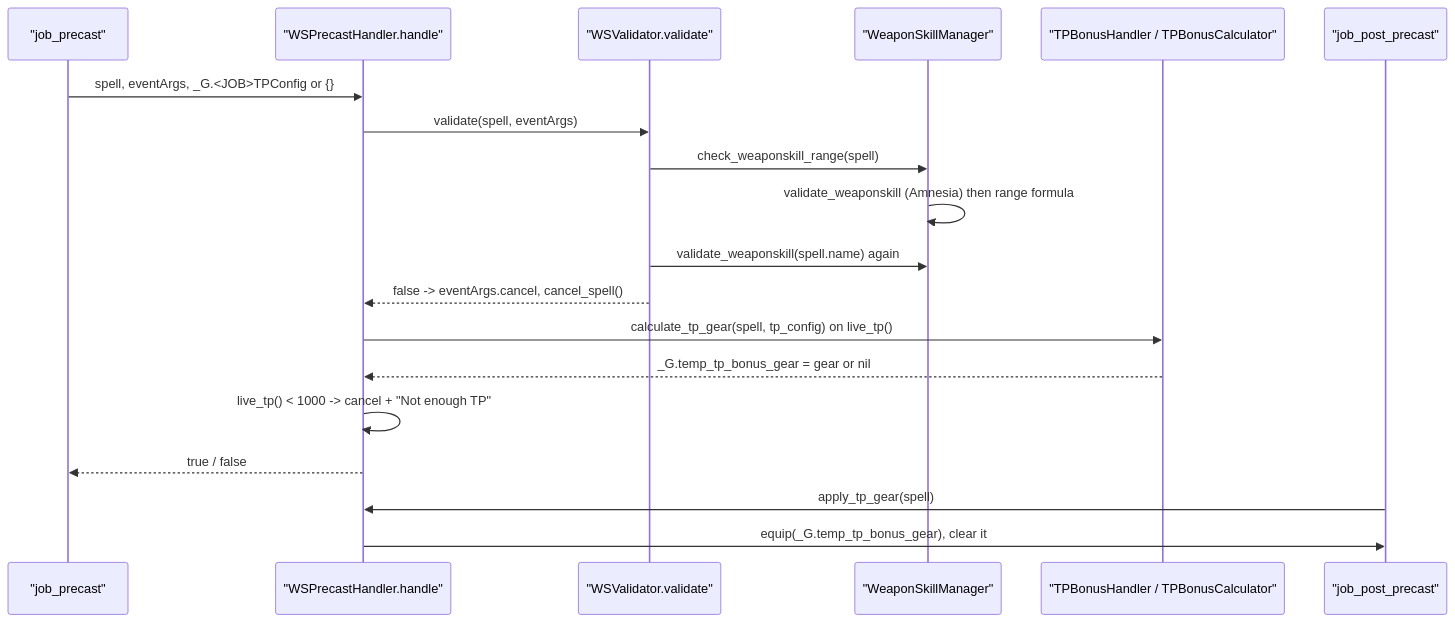
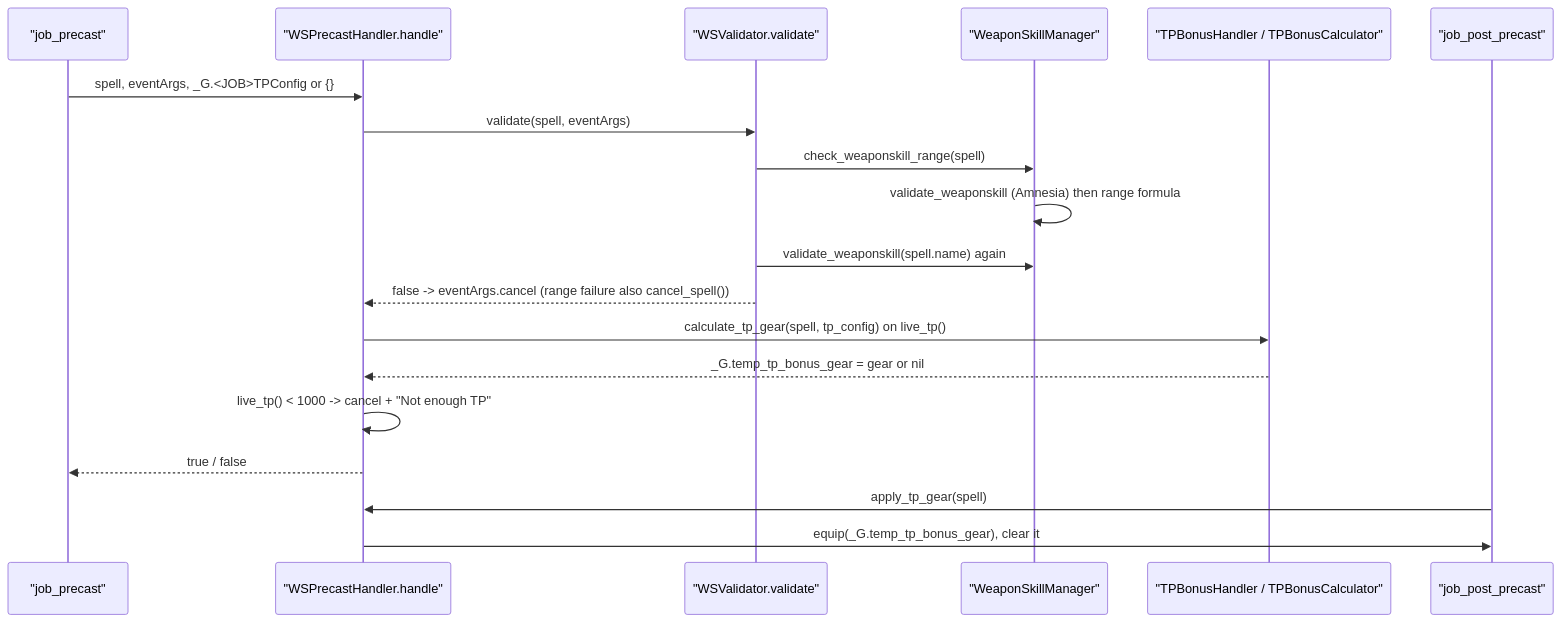
Before and after one commit to ejouanchicot/Gearswap: the third of 3 diagrams in docs/dev/systems/precast-pipeline.md, drawn with Mermaid. The commit also changed other lines of this file and 14 other files, not shown here.

First line of the commit message:
docs(dev): re-verify systems and architecture pages against the code

````diff
--- a/docs/dev/systems/precast-pipeline.md
+++ b/docs/dev/systems/precast-pipeline.md
@@ -325,21 +390,21 @@
 ```mermaid
 sequenceDiagram
     participant J as "job_precast"
     participant H as "WSPrecastHandler.handle"
     participant V as "WSValidator.validate"
     participant M as "WeaponSkillManager"
     participant T as "TPBonusHandler / TPBonusCalculator"
     participant P as "job_post_precast"
     J->>H: spell, eventArgs, _G.<JOB>TPConfig or {}
     H->>V: validate(spell, eventArgs)
     V->>M: check_weaponskill_range(spell)
     M->>M: validate_weaponskill (Amnesia) then range formula
     V->>M: validate_weaponskill(spell.name) again
-    V-->>H: false -> eventArgs.cancel, cancel_spell()
+    V-->>H: false -> eventArgs.cancel (range failure also cancel_spell())
     H->>T: calculate_tp_gear(spell, tp_config) on live_tp()
     T-->>H: _G.temp_tp_bonus_gear = gear or nil
     H->>H: live_tp() < 1000 -> cancel + "Not enough TP"
     H-->>J: true / false
     P->>H: apply_tp_gear(spell)
     H->>P: equip(_G.temp_tp_bonus_gear), clear it
 ```
````
